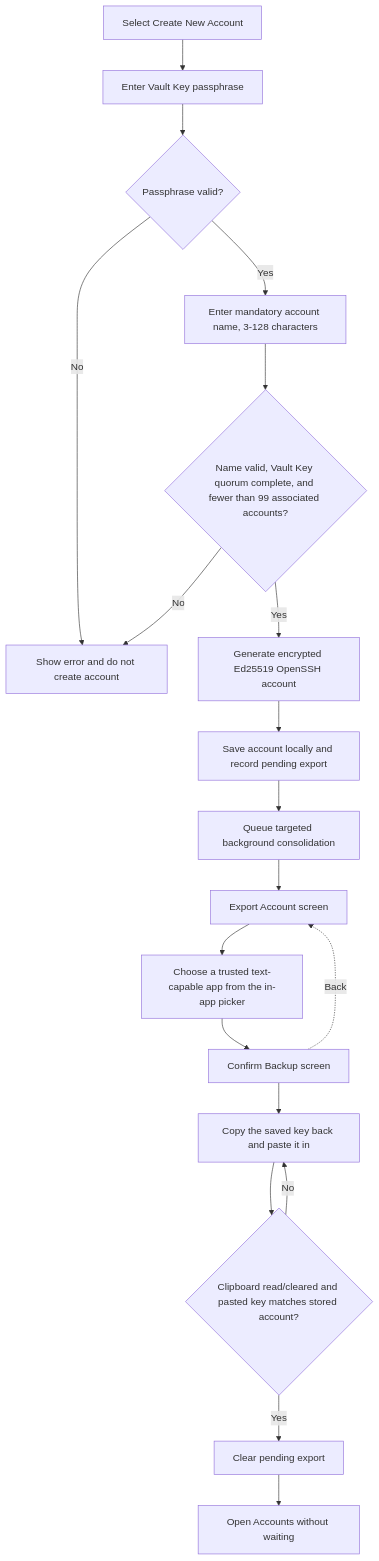
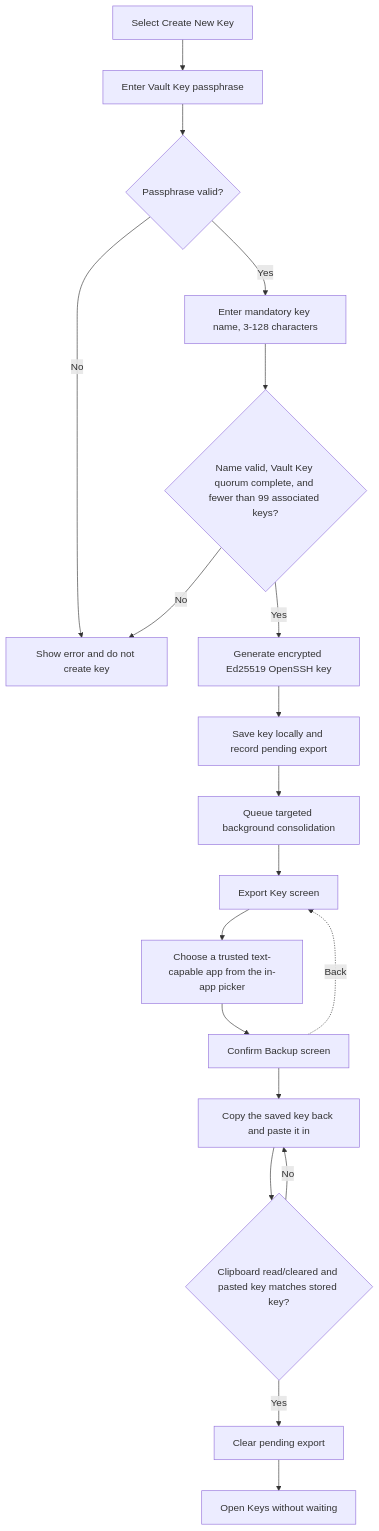
One commit to ZenTenApp/vault-kotlin changed the third of 8 diagrams in docs/stakeholder/flowcharts.md. Above: the diagram before and after it, drawn with Mermaid. The commit also changed other lines of this file and 144 other files, not shown here.

First line of the commit message:
refactor: rename Account to Key across the project

````diff
--- a/docs/stakeholder/flowcharts.md
+++ b/docs/stakeholder/flowcharts.md
@@ -153,21 +153,21 @@
 ```mermaid
 flowchart TD
-    Add["Select Create New Account"] --> EnterPassphrase["Enter Vault Key passphrase"]
+    Add["Select Create New Key"] --> EnterPassphrase["Enter Vault Key passphrase"]
     EnterPassphrase --> Verify{"Passphrase valid?"}
-    Verify -->|No| Rejected["Show error and do not create account"]
-    Verify -->|Yes| EnterName["Enter mandatory account name, 3-128 characters"]
-    EnterName --> Check{"Name valid, Vault Key quorum complete, and fewer than 99 associated accounts?"}
+    Verify -->|No| Rejected["Show error and do not create key"]
+    Verify -->|Yes| EnterName["Enter mandatory key name, 3-128 characters"]
+    EnterName --> Check{"Name valid, Vault Key quorum complete, and fewer than 99 associated keys?"}
     Check -->|No| Rejected
-    Check -->|Yes| Generate["Generate encrypted Ed25519 OpenSSH account"]
-    Generate --> Save["Save account locally and record pending export"]
+    Check -->|Yes| Generate["Generate encrypted Ed25519 OpenSSH key"]
+    Generate --> Save["Save key locally and record pending export"]
     Save --> Queue["Queue targeted background consolidation"]
-    Queue --> Export["Export Account screen"]
+    Queue --> Export["Export Key screen"]
     Export --> Choose["Choose a trusted text-capable app from the in-app picker"]
     Choose --> ConfirmBackup["Confirm Backup screen"]
     ConfirmBackup --> Paste["Copy the saved key back and paste it in"]
     ConfirmBackup -.->|Back| Export
-    Paste --> Confirm{"Clipboard read/cleared and pasted key matches stored account?"}
+    Paste --> Confirm{"Clipboard read/cleared and pasted key matches stored key?"}
     Confirm -->|No| Paste
     Confirm -->|Yes| Clear["Clear pending export"]
-    Clear --> Accounts["Open Accounts without waiting"]
+    Clear --> Keys["Open Keys without waiting"]
 ```
````
